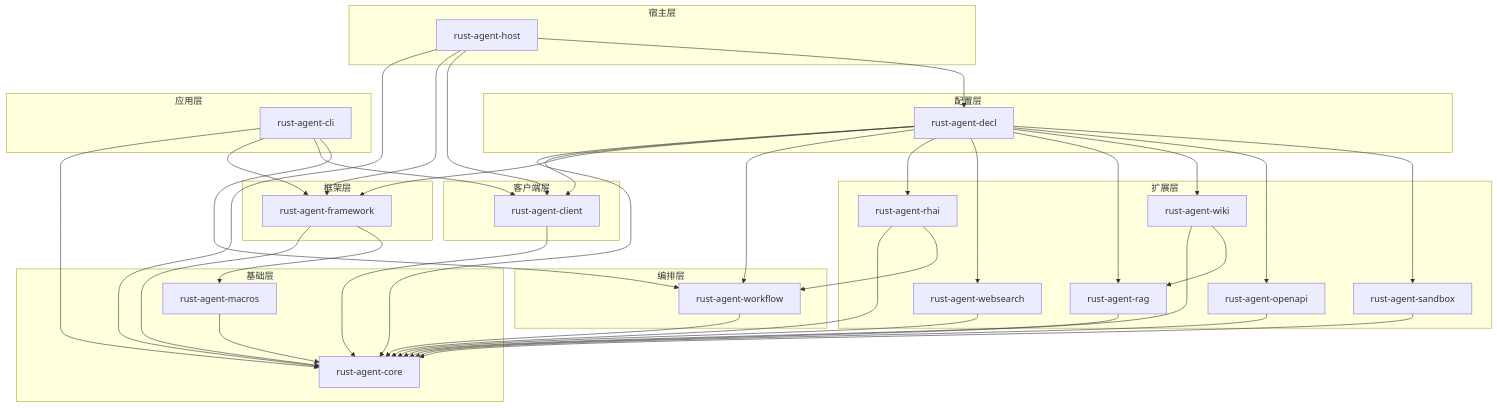
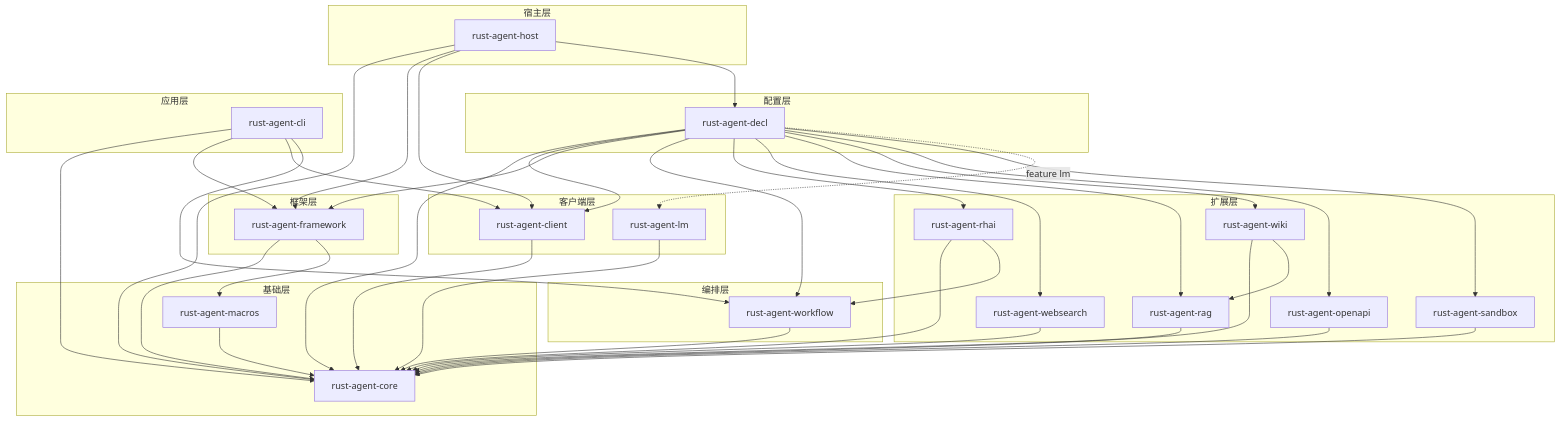
Before and after one commit to Rust-Framework/rust-agent-framework: the diagram in docs/15-appendix/crate-dependency-graph.md, drawn with Mermaid. The commit also changed other lines of this file and 7 other files, not shown here.

````diff
--- a/docs/15-appendix/crate-dependency-graph.md
+++ b/docs/15-appendix/crate-dependency-graph.md
@@ -5,72 +5,75 @@
 ```mermaid
 graph TD
     subgraph "基础层"
         CORE[rust-agent-core]
         MACROS[rust-agent-macros]
     end
 
     subgraph "客户端层"
         CLIENT[rust-agent-client]
+        LM[rust-agent-lm]
     end
 
     subgraph "框架层"
         FRAMEWORK[rust-agent-framework]
     end
 
     subgraph "编排层"
         WORKFLOW[rust-agent-workflow]
     end
 
     subgraph "配置层"
         DECL[rust-agent-decl]
     end
 
     subgraph "扩展层"
         WEBSEARCH[rust-agent-websearch]
         RAG[rust-agent-rag]
         WIKI[rust-agent-wiki]
         OPENAPI[rust-agent-openapi]
         SANDBOX[rust-agent-sandbox]
         RHAI[rust-agent-rhai]
     end
 
     subgraph "宿主层"
         HOST[rust-agent-host]
     end
 
     subgraph "应用层"
         CLI[rust-agent-cli]
     end
 
     MACROS --> CORE
     CLIENT --> CORE
+    LM --> CORE
     FRAMEWORK --> CORE
     FRAMEWORK --> MACROS
     RAG --> CORE
     WIKI --> CORE
     WIKI --> RAG
     WORKFLOW --> CORE
     WEBSEARCH --> CORE
     OPENAPI --> CORE
     SANDBOX --> CORE
     RHAI --> CORE
     RHAI --> WORKFLOW
     DECL --> CORE
     DECL --> CLIENT
     DECL --> FRAMEWORK
     DECL --> WORKFLOW
     DECL --> RHAI
     DECL --> WEBSEARCH
     DECL --> RAG
     DECL --> WIKI
     DECL --> OPENAPI
     DECL --> SANDBOX
+    DECL -.->|feature lm| LM
     HOST --> CORE
     HOST --> FRAMEWORK
     HOST --> CLIENT
     HOST --> DECL
     CLI --> CORE
     CLI --> FRAMEWORK
     CLI --> CLIENT
     CLI --> WORKFLOW
 ```
````
